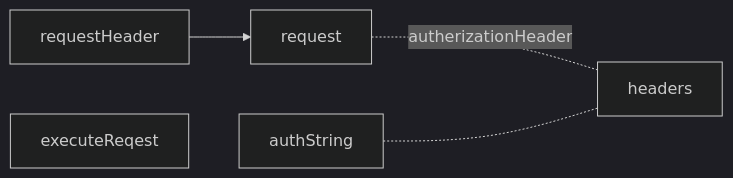
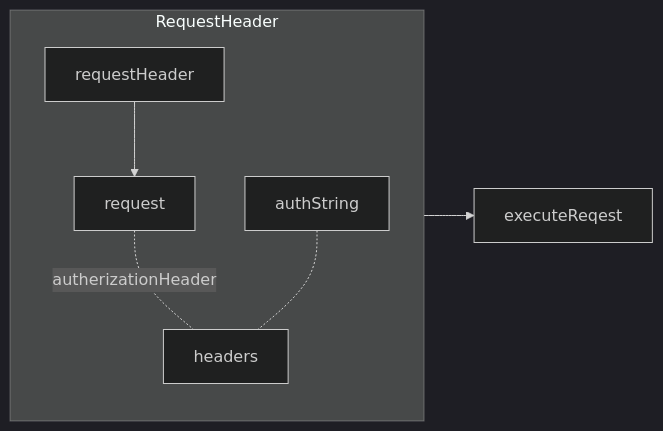
Before and after one commit to gordianknotC/nxp_note: the fifth of 7 diagrams in newage/astro.md, drawn with Mermaid (dark theme). The commit also changed other lines of this file, not shown here.

````diff
--- a/newage/astro.md
+++ b/newage/astro.md
@@ -66,8 +66,9 @@
 ```mermaid
 graph LR
+subgraph RequestHeader
 request -.-|autherizationHeader| headers
 authString -.- headers
-
 requestHeader --> request
-executeReqest 
+end
+RequestHeader --> executeReqest  
 ```
````
